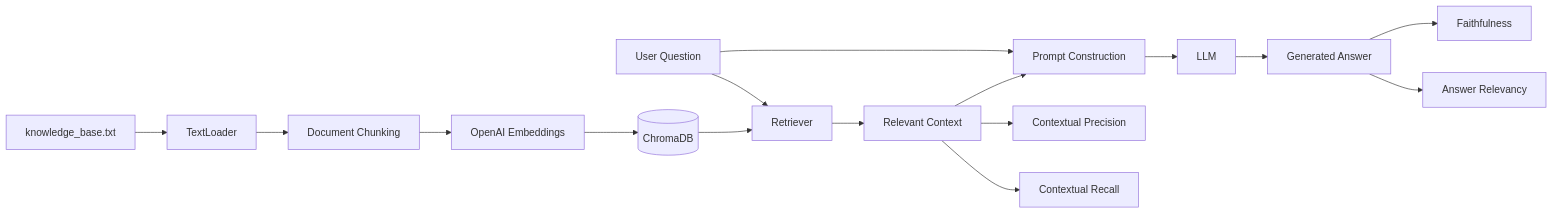
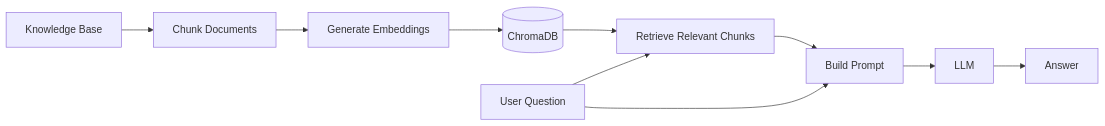
Before and after one commit to fberrosp/llm-validation-framework: the second of 5 diagrams in README.md, drawn with Mermaid. The commit also changed other lines of this file, not shown here.

````diff
--- a/README.md
+++ b/README.md
@@ -74,21 +68,13 @@
 ```mermaid
 flowchart LR
-A[knowledge_base.txt] --> B[TextLoader]
-B --> C[Document Chunking]
-C --> D[OpenAI Embeddings]
-D --> E[(ChromaDB)]
+    A[Knowledge Base] --> B[Chunk Documents]
+    B --> C[Generate Embeddings]
+    C --> D[(ChromaDB)]
 
-    Q[User Question] --> F[Retriever]
-    E --> F
-    F --> G[Relevant Context]
-
-    Q --> H[Prompt Construction]
-    G --> H
-    H --> I[LLM]
-    I --> J[Generated Answer]
-
-    J --> K[Faithfulness]
-    J --> L[Answer Relevancy]
-    G --> M[Contextual Precision]
-    G --> N[Contextual Recall]
+    Q[User Question] --> E[Retrieve Relevant Chunks]
+    D --> E
+    E --> F[Build Prompt]
+    Q --> F
+    F --> G[LLM]
+    G --> H[Answer]
 ```
````
